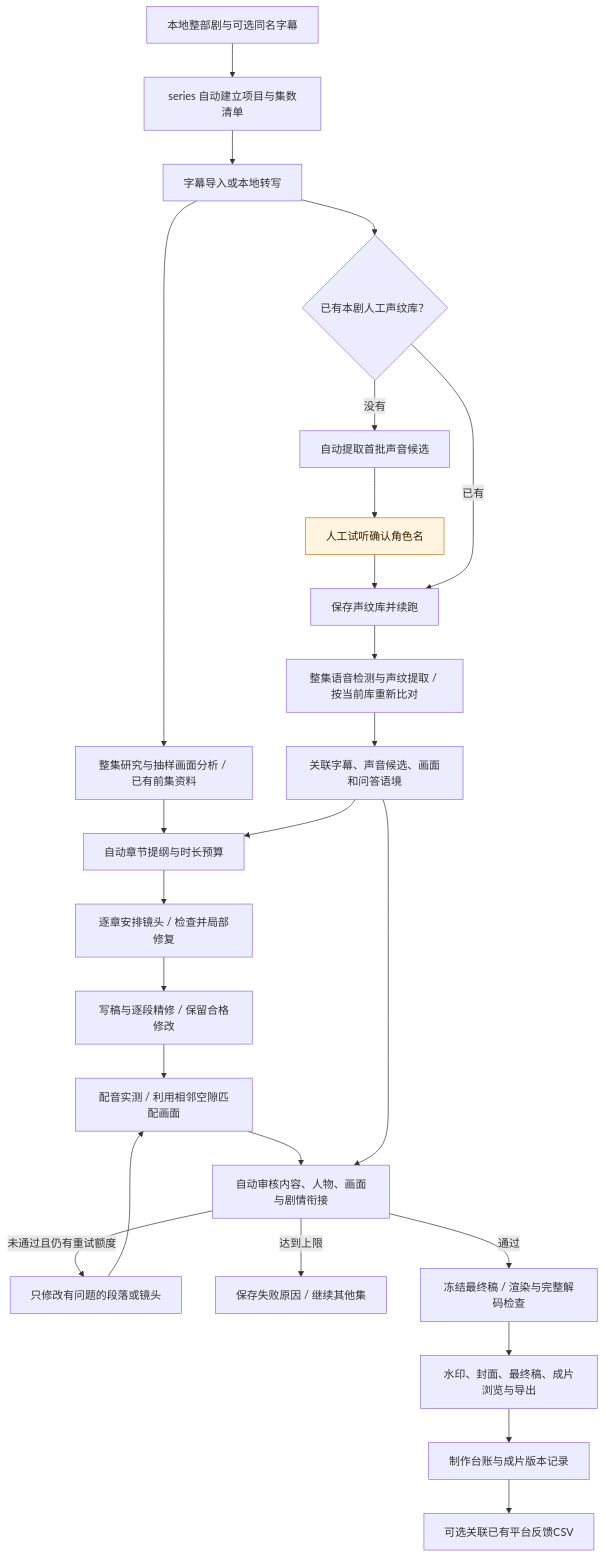
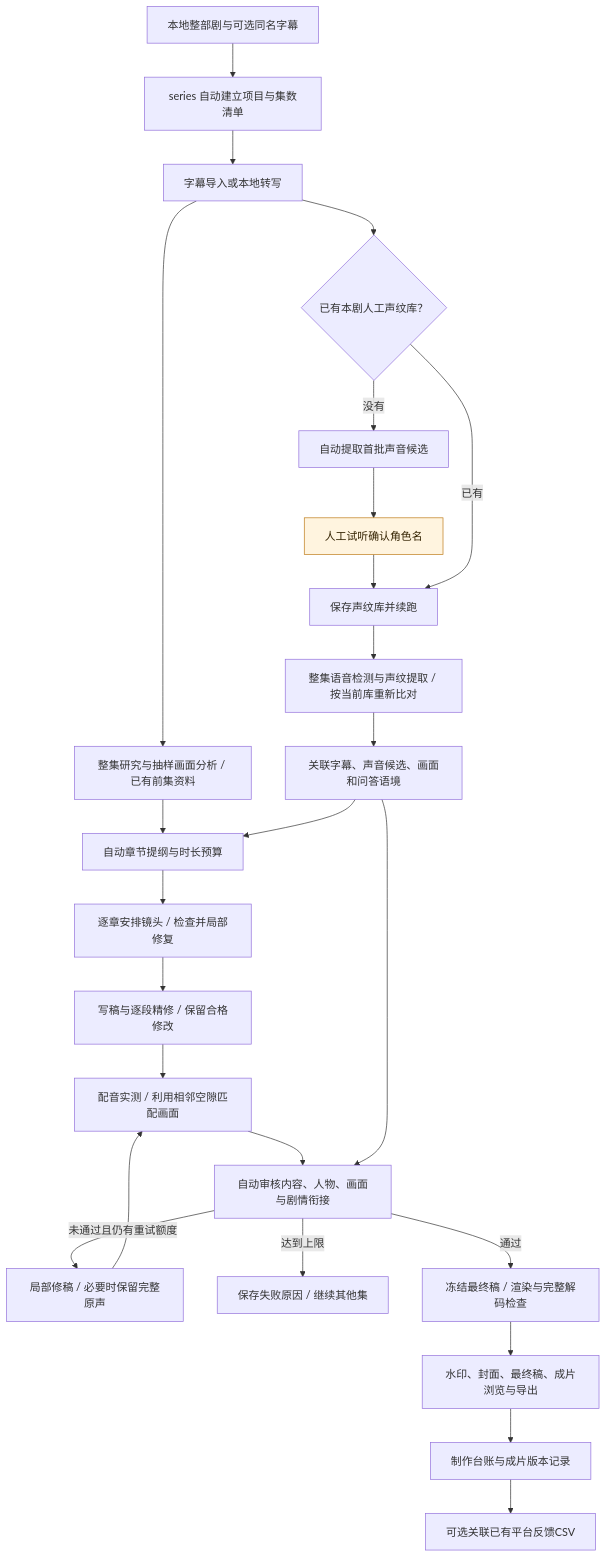
One commit to redrain-wang/autoclip1 changed the diagram in README.md. Above: the diagram before and after it, drawn with Mermaid. The commit also changed other lines of this file and 6 other files, not shown here.

````diff
--- a/README.md
+++ b/README.md
@@ -25,29 +25,29 @@
 ```mermaid
 flowchart TD
     A[本地整部剧与可选同名字幕] --> B[series 自动建立项目与集数清单]
     B --> C[字幕导入或本地转写]
     C --> D{已有本剧人工声纹库？}
     D -->|没有| E[自动提取首批声音候选]
     E --> F[人工试听确认角色名]
     F --> G[保存声纹库并续跑]
     D -->|已有| G
     G --> H[整集语音检测与声纹提取 / 按当前库重新比对]
     H --> I[关联字幕、声音候选、画面和问答语境]
     C --> J[整集研究与抽样画面分析 / 已有前集资料]
     J --> K[自动章节提纲与时长预算]
     I --> K
     K --> L[逐章安排镜头 / 检查并局部修复]
     L --> M[写稿与逐段精修 / 保留合格修改]
     M --> N[配音实测 / 利用相邻空隙匹配画面]
     N --> O[自动审核内容、人物、画面与剧情衔接]
     I --> O
-    O -->|未通过且仍有重试额度| P[只修改有问题的段落或镜头]
+    O -->|未通过且仍有重试额度| P[局部修稿 / 必要时保留完整原声]
     P --> N
     O -->|达到上限| Q[保存失败原因 / 继续其他集]
     O -->|通过| R[冻结最终稿 / 渲染与完整解码检查]
     R --> S[水印、封面、最终稿、成片浏览与导出]
     S --> T[制作台账与成片版本记录]
     T --> U[可选关联已有平台反馈CSV]
     classDef human fill:#fff4df,stroke:#bd7a17,color:#332200
     class F human
 ```
````
